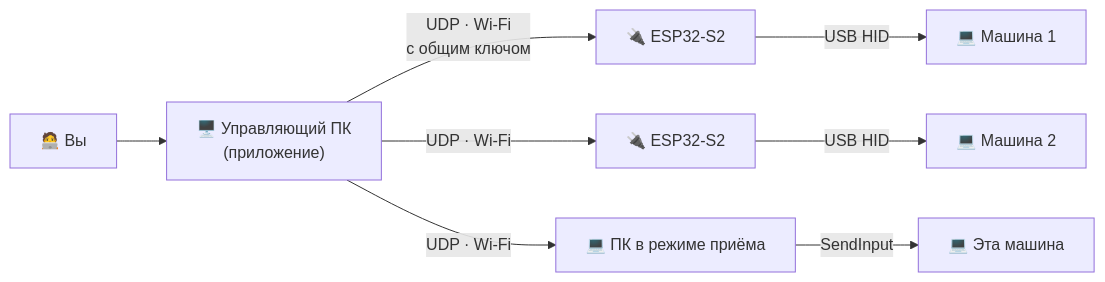
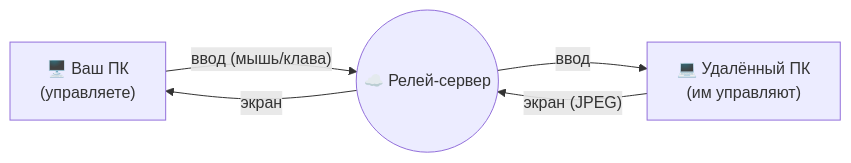
One commit to DiFoxenGit/MouseKeyEmulator changed the diagram in README.md. Above: the diagram before and after it, drawn with Mermaid. The commit also changed other lines of this file and 6 other files, not shown here.

````diff
--- a/README.md
+++ b/README.md
@@ -71,10 +51,7 @@
 ```mermaid
 flowchart LR
-    U["🧑‍💻 Вы"] --> H["🖥️ Управляющий ПК<br/>(приложение)"]
-    H -- "UDP · Wi-Fi<br/>с общим ключом" --> B1["🔌 ESP32-S2"]
-    H -- "UDP · Wi-Fi" --> B2["🔌 ESP32-S2"]
-    H -- "UDP · Wi-Fi" --> P["💻 ПК в режиме приёма"]
-    B1 -- "USB HID" --> M1["💻 Машина 1"]
-    B2 -- "USB HID" --> M2["💻 Машина 2"]
-    P  -- "SendInput" --> M3["💻 Эта машина"]
+    A["🖥️ Ваш ПК<br/>(управляете)"] -- "ввод (мышь/клава)" --> R(("☁️ Релей-сервер"))
+    R -- "ввод" --> B["💻 Удалённый ПК<br/>(им управляют)"]
+    B -- "экран (JPEG)" --> R
+    R -- "экран" --> A
 ```
````
